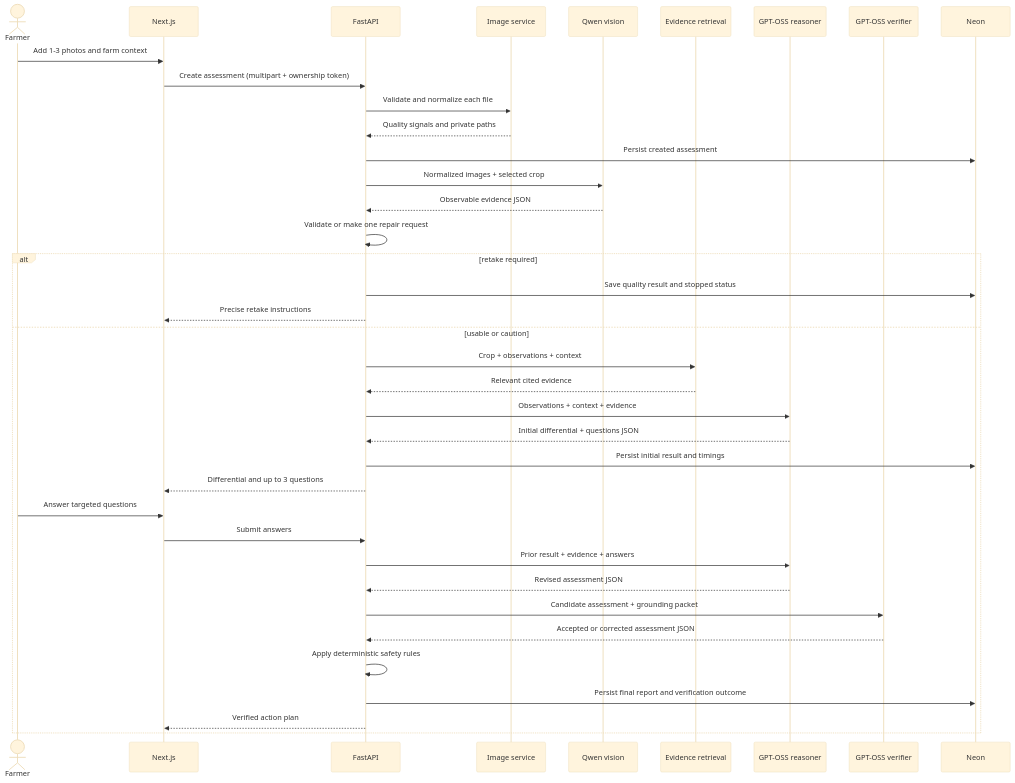
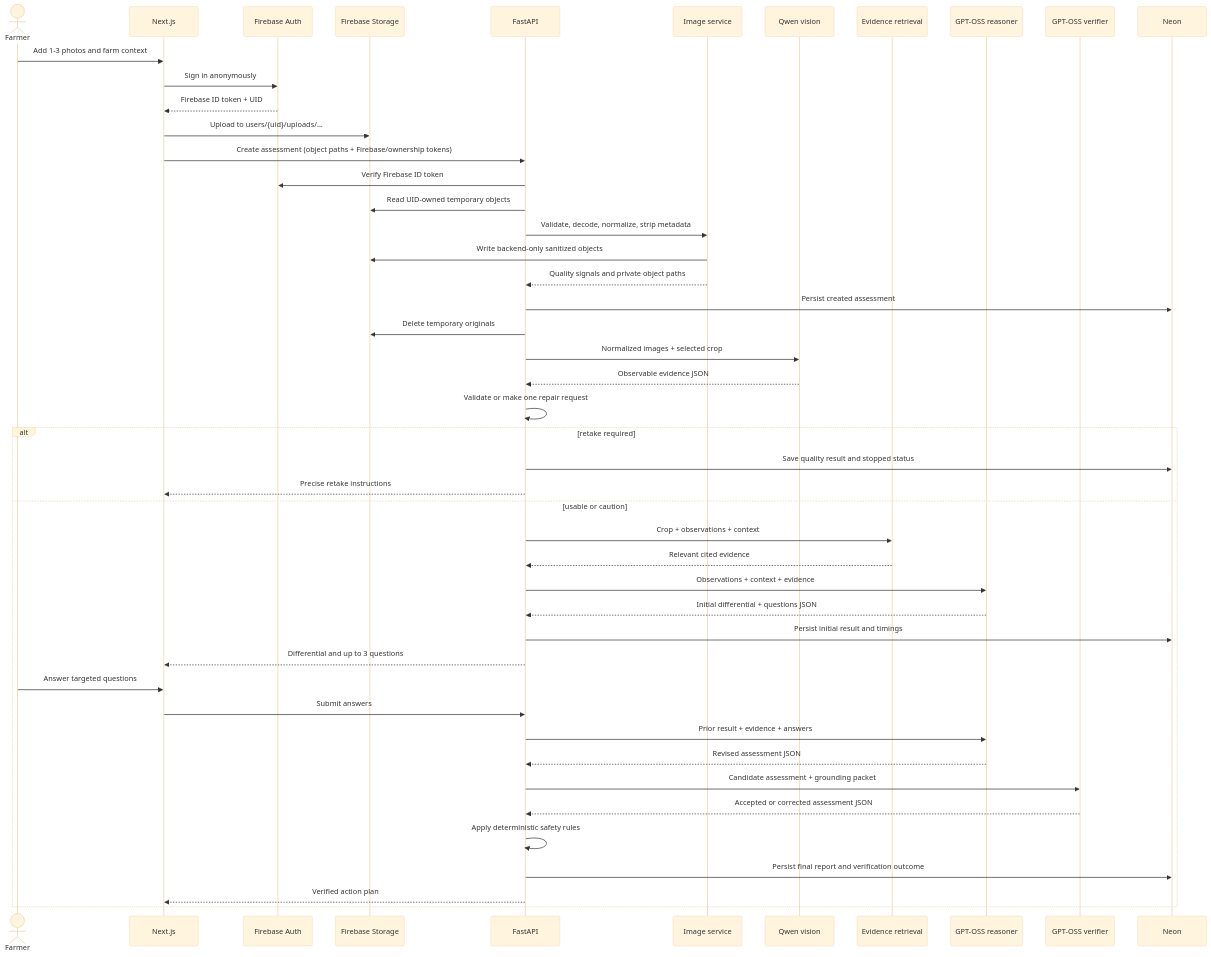
Before and after one commit to tbrowns/amd-hackathon: the second of 2 diagrams in ARCHITECTURE.md, drawn with Mermaid (base theme). The commit also changed other lines of this file and 30 other files, not shown here.

Commit message:
Add firebase storage

````diff
--- a/ARCHITECTURE.md
+++ b/ARCHITECTURE.md
@@ -70,42 +73,51 @@
 ```mermaid
 sequenceDiagram
     actor Farmer
     participant Web as Next.js
+    participant Auth as Firebase Auth
+    participant Store as Firebase Storage
     participant API as FastAPI
     participant Images as Image service
     participant Vision as Qwen vision
     participant KB as Evidence retrieval
     participant Reason as GPT-OSS reasoner
     participant Verify as GPT-OSS verifier
     participant DB as Neon
 
     Farmer->>Web: Add 1-3 photos and farm context
-    Web->>API: Create assessment (multipart + ownership token)
-    API->>Images: Validate and normalize each file
-    Images-->>API: Quality signals and private paths
+    Web->>Auth: Sign in anonymously
+    Auth-->>Web: Firebase ID token + UID
+    Web->>Store: Upload to users/{uid}/uploads/...
+    Web->>API: Create assessment (object paths + Firebase/ownership tokens)
+    API->>Auth: Verify Firebase ID token
+    API->>Store: Read UID-owned temporary objects
+    API->>Images: Validate, decode, normalize, strip metadata
+    Images->>Store: Write backend-only sanitized objects
+    Images-->>API: Quality signals and private object paths
     API->>DB: Persist created assessment
+    API->>Store: Delete temporary originals
     API->>Vision: Normalized images + selected crop
     Vision-->>API: Observable evidence JSON
     API->>API: Validate or make one repair request
 
     alt retake required
         API->>DB: Save quality result and stopped status
         API-->>Web: Precise retake instructions
     else usable or caution
         API->>KB: Crop + observations + context
         KB-->>API: Relevant cited evidence
         API->>Reason: Observations + context + evidence
         Reason-->>API: Initial differential + questions JSON
         API->>DB: Persist initial result and timings
         API-->>Web: Differential and up to 3 questions
         Farmer->>Web: Answer targeted questions
         Web->>API: Submit answers
         API->>Reason: Prior result + evidence + answers
         Reason-->>API: Revised assessment JSON
         API->>Verify: Candidate assessment + grounding packet
         Verify-->>API: Accepted or corrected assessment JSON
         API->>API: Apply deterministic safety rules
         API->>DB: Persist final report and verification outcome
         API-->>Web: Verified action plan
     end
 ```
````
